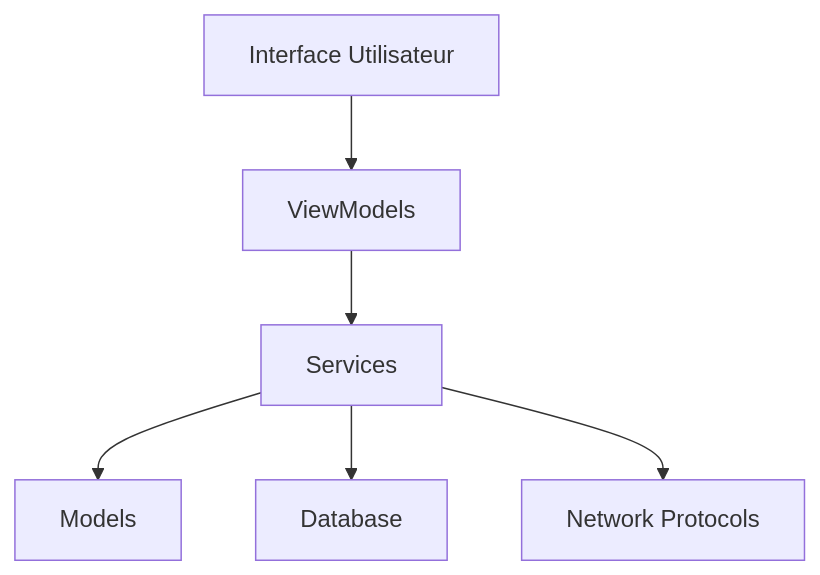
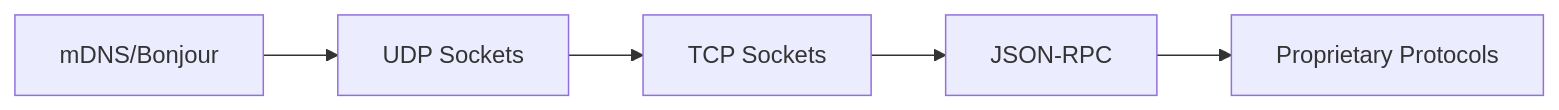
Before and after one commit to Beatwen/RF_Go: the fourth of 5 diagrams in docusaurus/docs/architecture/overview.md, drawn with Mermaid. The commit also changed other lines of this file and 123 other files, not shown here.

````diff
--- a/docusaurus/docs/architecture/overview.md
+++ b/docusaurus/docs/architecture/overview.md
@@ -7,8 +105,7 @@
 ```mermaid
-graph TD
-    A[Interface Utilisateur] --> B[ViewModels]
-    B --> C[Services]
-    C --> D[Models]
-    C --> E[Database]
-    C --> F[Network Protocols]
+graph LR
+    A[mDNS/Bonjour] --> B[UDP Sockets]
+    B --> C[TCP Sockets]
+    C --> D[JSON-RPC]
+    D --> E[Proprietary Protocols]
 ```
````
